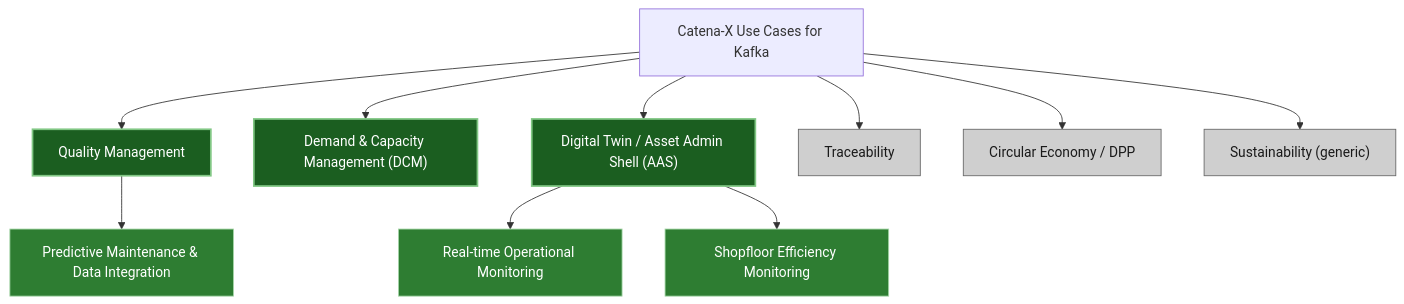
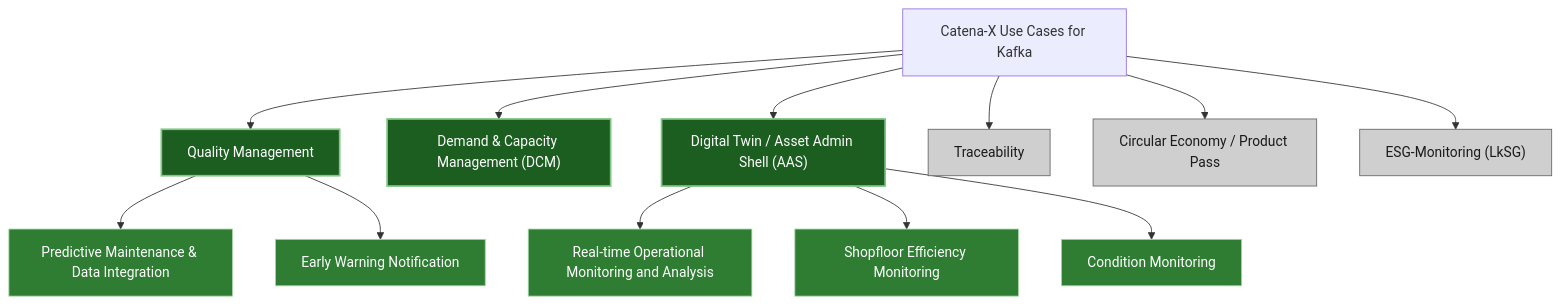
Before and after one commit to eclipse-tractusx/tractusx-edc-kafka-extension: the diagram in concepts/solution-design-kafka-pull.md, drawn with Mermaid. The commit also changed other lines of this file, not shown here.

`````diff
--- a/concepts/solution-design-kafka-pull.md
+++ b/concepts/solution-design-kafka-pull.md
@@ -65,29 +65,33 @@
 ````mermaid
 flowchart TD
     Kafka["Catena-X Use Cases for Kafka"]
 
     Kafka --> QM["Quality Management"]
     Kafka --> DCM["Demand & Capacity Management (DCM)"]
     Kafka --> DT["Digital Twin / Asset Admin Shell (AAS)"]
     Kafka --> TR["Traceability"]
-    Kafka --> CE["Circular Economy / DPP"]
-    Kafka --> SUS["Sustainability (generic)"]
+    Kafka --> CE["Circular Economy / Product Pass"]
+    Kafka --> SUS["ESG-Monitoring (LkSG)"]
 
     %% Sub-Use Cases
     QM --> QM1["Predictive Maintenance & Data Integration"]
-    DT --> DT1["Real-time Operational Monitoring"]
+    QM --> QM2["Early Warning Notification"]
+    DT --> DT1["Real-time Operational Monitoring and Analysis"]
     DT --> DT2["Shopfloor Efficiency Monitoring"]
+    DT --> DT3["Condition Monitoring"]
 
     %% Dark-friendly styling
     style QM fill:#1b5e20,color:#ffffff,stroke:#81c784,stroke-width:2px
     style DCM fill:#1b5e20,color:#ffffff,stroke:#81c784,stroke-width:2px
     style DT fill:#1b5e20,color:#ffffff,stroke:#81c784,stroke-width:2px
 
     style TR fill:#cfcfcf,color:#1a1a1a,stroke:#666,stroke-width:1px
     style CE fill:#cfcfcf,color:#1a1a1a,stroke:#666,stroke-width:1px
     style SUS fill:#cfcfcf,color:#1a1a1a,stroke:#666,stroke-width:1px
 
     style QM1 fill:#2e7d32,color:#ffffff,stroke:#a5d6a7,stroke-width:1px
+    style QM2 fill:#2e7d32,color:#ffffff,stroke:#a5d6a7,stroke-width:1px
     style DT1 fill:#2e7d32,color:#ffffff,stroke:#a5d6a7,stroke-width:1px
     style DT2 fill:#2e7d32,color:#ffffff,stroke:#a5d6a7,stroke-width:1px
+    style DT3 fill:#2e7d32,color:#ffffff,stroke:#a5d6a7,stroke-width:1px
 ````
`````
